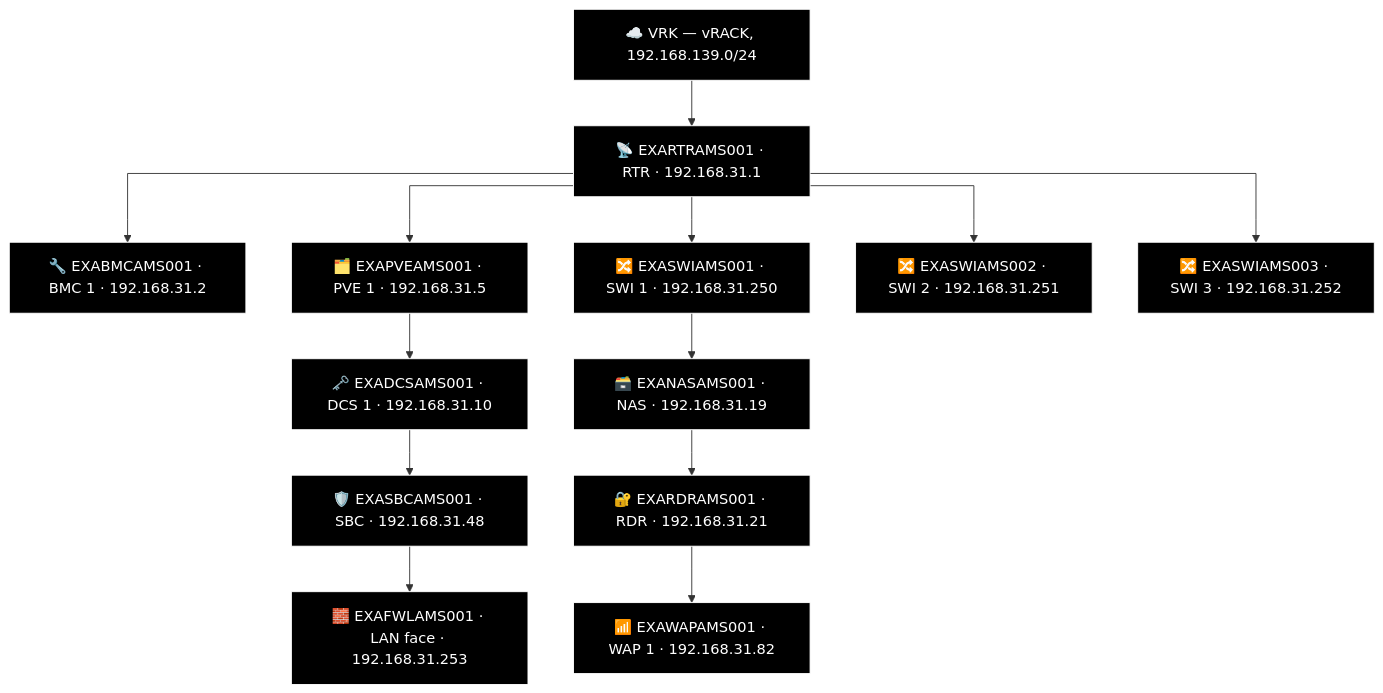
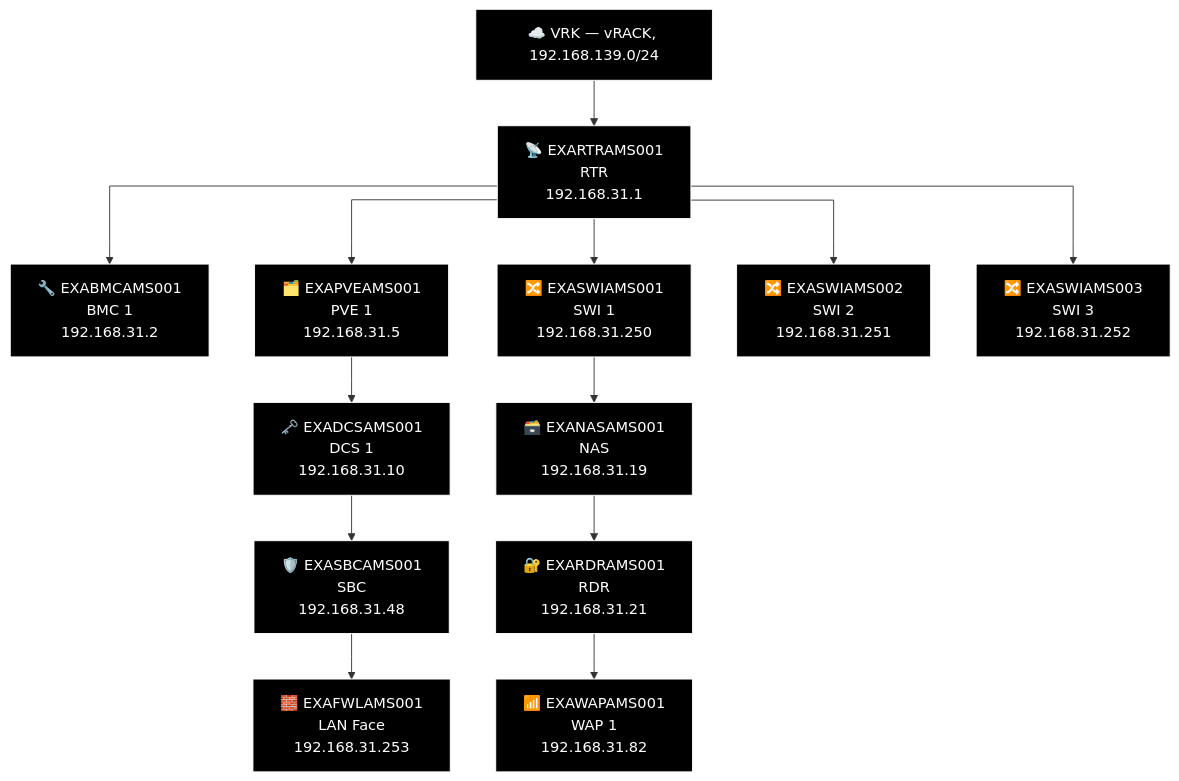
Before and after one commit to knightmare2600/example_music_infra: the second of 2 diagrams in docs/network-diagram/nederland.md, drawn with Mermaid. The commit also changed 18 other files, not shown here.

````diff
--- a/docs/network-diagram/nederland.md
+++ b/docs/network-diagram/nederland.md
@@ -42,40 +42,40 @@
 ```mermaid
 %% GENERATED:TOPOLOGY:AMS:START
 %%{init: {'flowchart': {'curve': 'stepAfter'}}}%%
 graph TD
     T_VRK["☁️ VRK — vRACK, 192.168.139.0/24"]
-    T_RTR["📡 EXARTRAMS001 · RTR · 192.168.31.1"]
+    T_RTR["📡 EXARTRAMS001<br/>RTR<br/>192.168.31.1"]
     T_VRK --> T_RTR
-    T_BMC["🔧 EXABMCAMS001 · BMC 1 · 192.168.31.2"]
+    T_BMC["🔧 EXABMCAMS001<br/>BMC 1<br/>192.168.31.2"]
     T_RTR --> T_BMC
-    T_PVE["🗂️ EXAPVEAMS001 · PVE 1 · 192.168.31.5"]
+    T_PVE["🗂️ EXAPVEAMS001<br/>PVE 1<br/>192.168.31.5"]
     T_RTR --> T_PVE
-    T_SWI["🔀 EXASWIAMS001 · SWI 1 · 192.168.31.250"]
+    T_SWI["🔀 EXASWIAMS001<br/>SWI 1<br/>192.168.31.250"]
     T_RTR --> T_SWI
-    T_SWI2["🔀 EXASWIAMS002 · SWI 2 · 192.168.31.251"]
+    T_SWI2["🔀 EXASWIAMS002<br/>SWI 2<br/>192.168.31.251"]
     T_RTR --> T_SWI2
-    T_SWI3["🔀 EXASWIAMS003 · SWI 3 · 192.168.31.252"]
+    T_SWI3["🔀 EXASWIAMS003<br/>SWI 3<br/>192.168.31.252"]
     T_RTR --> T_SWI3
-    T_NAS["🗃️ EXANASAMS001 · NAS · 192.168.31.19"]
-    T_RDR["🔐 EXARDRAMS001 · RDR · 192.168.31.21"]
-    T_WAP["📶 EXAWAPAMS001 · WAP 1 · 192.168.31.82"]
+    T_NAS["🗃️ EXANASAMS001<br/>NAS<br/>192.168.31.19"]
+    T_RDR["🔐 EXARDRAMS001<br/>RDR<br/>192.168.31.21"]
+    T_WAP["📶 EXAWAPAMS001<br/>WAP 1<br/>192.168.31.82"]
     T_SWI --> T_NAS --> T_RDR --> T_WAP
-    T_DCS["🗝️ EXADCSAMS001 · DCS 1 · 192.168.31.10"]
-    T_SBC["🛡️ EXASBCAMS001 · SBC · 192.168.31.48"]
-    T_FWL["🧱 EXAFWLAMS001 · LAN face · 192.168.31.253"]
+    T_DCS["🗝️ EXADCSAMS001<br/>DCS 1<br/>192.168.31.10"]
+    T_SBC["🛡️ EXASBCAMS001<br/>SBC<br/>192.168.31.48"]
+    T_FWL["🧱 EXAFWLAMS001<br/>LAN Face<br/>192.168.31.253"]
     T_PVE --> T_DCS --> T_SBC --> T_FWL
     style T_VRK fill:#000000,stroke:#FFFFFF,color:#FFFFFF
     style T_RTR fill:#000000,stroke:#FFFFFF,color:#FFFFFF
     style T_BMC fill:#000000,stroke:#FFFFFF,color:#FFFFFF
     style T_PVE fill:#000000,stroke:#FFFFFF,color:#FFFFFF
     style T_SWI fill:#000000,stroke:#FFFFFF,color:#FFFFFF
     style T_SWI2 fill:#000000,stroke:#FFFFFF,color:#FFFFFF
     style T_SWI3 fill:#000000,stroke:#FFFFFF,color:#FFFFFF
     style T_NAS fill:#000000,stroke:#FFFFFF,color:#FFFFFF
     style T_RDR fill:#000000,stroke:#FFFFFF,color:#FFFFFF
     style T_WAP fill:#000000,stroke:#FFFFFF,color:#FFFFFF
     style T_DCS fill:#000000,stroke:#FFFFFF,color:#FFFFFF
     style T_SBC fill:#000000,stroke:#FFFFFF,color:#FFFFFF
     style T_FWL fill:#000000,stroke:#FFFFFF,color:#FFFFFF
 %% GENERATED:TOPOLOGY:AMS:END
 ```
````
